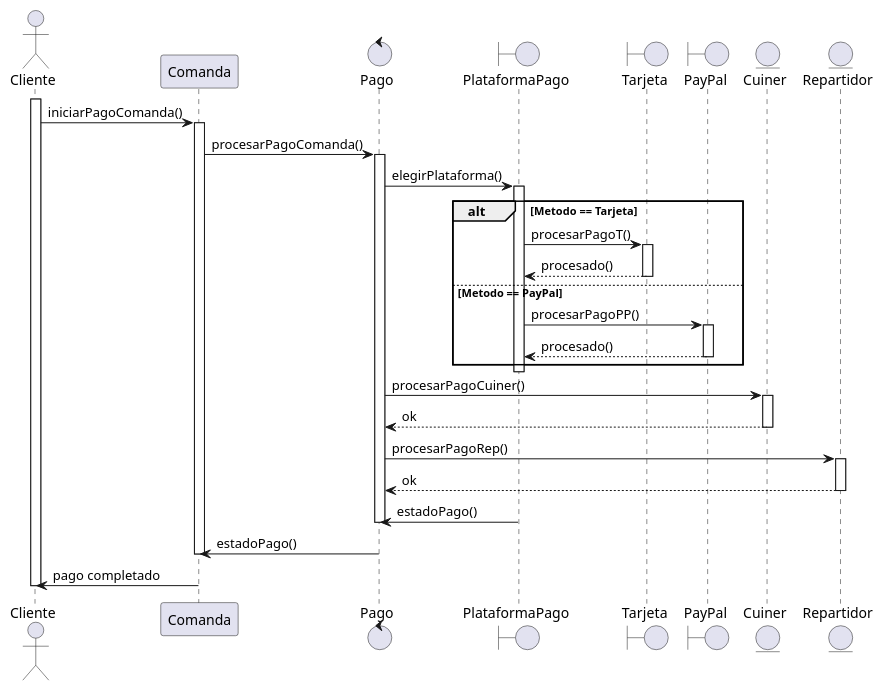
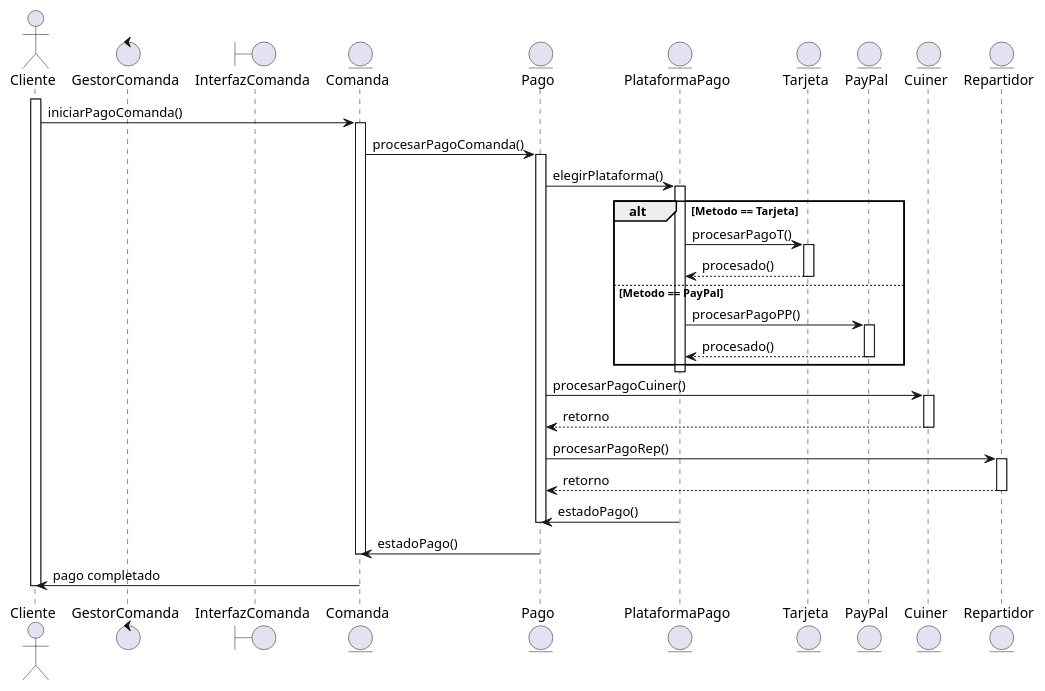
Before and after one commit to dabien3/ES25UAB-511-05: the diagram in documents/Diagramas Secuencia/CodigoUML/bloq4.pUML, drawn with PlantUML.

```diff
--- a/documents/Diagramas Secuencia/CodigoUML/bloq4.pUML
+++ b/documents/Diagramas Secuencia/CodigoUML/bloq4.pUML
@@ -1,53 +1,55 @@
 @startuml
 actor Cliente
-participant Comanda
-control Pago
-boundary PlataformaPago
-boundary Tarjeta
-boundary PayPal
+control GestorComanda
+boundary InterfazComanda
+entity Comanda
+entity Pago
+entity PlataformaPago
+entity Tarjeta
+entity PayPal
 entity Cuiner
 entity Repartidor
 
 activate Cliente
 Cliente -> Comanda : iniciarPagoComanda()
 activate Comanda
 
 Comanda -> Pago : procesarPagoComanda()
 activate Pago
 
 Pago -> PlataformaPago : elegirPlataforma()
 activate PlataformaPago
 
 alt Metodo == Tarjeta
     PlataformaPago -> Tarjeta : procesarPagoT()
     activate Tarjeta
     return procesado()
     deactivate Tarjeta
 else Metodo == PayPal
     PlataformaPago -> PayPal : procesarPagoPP()
     activate PayPal
     return procesado()
     deactivate PayPal
 end
 deactivate PlataformaPago
 
 Pago -> Cuiner : procesarPagoCuiner()
 activate Cuiner
-return ok
+return retorno
 deactivate Cuiner
 
 Pago -> Repartidor : procesarPagoRep()
 activate Repartidor
-return ok
+return retorno
 deactivate Repartidor
 
 PlataformaPago -> Pago : estadoPago()
 
 deactivate Pago
 
 Comanda <- Pago : estadoPago()
 deactivate Comanda
 
 Cliente <- Comanda : pago completado
 deactivate Cliente
 @enduml
```
